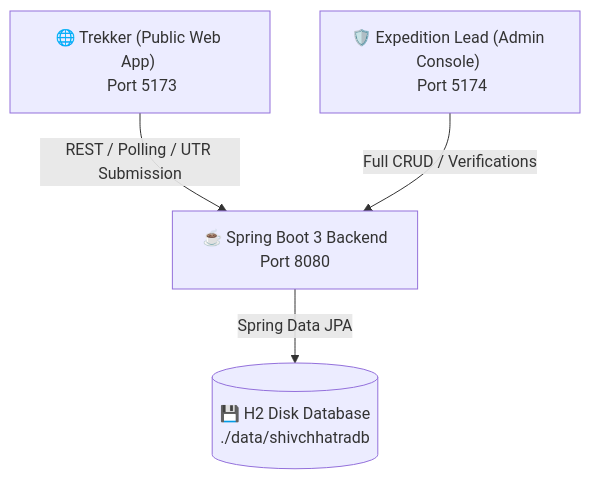
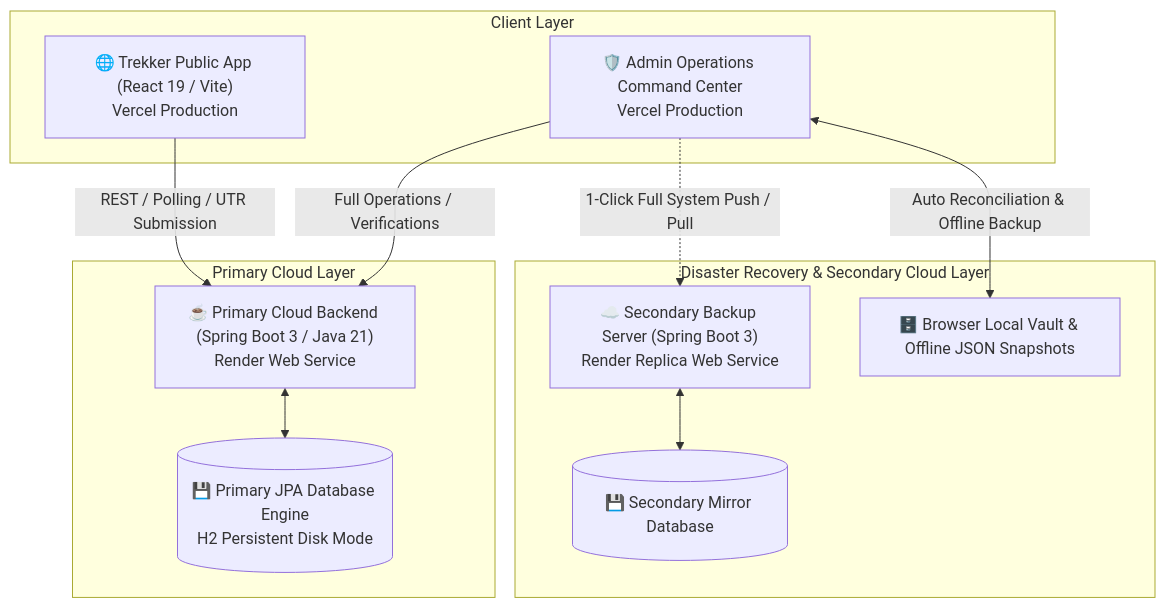
One commit to ravichavan9970/SHIVCHHATRA_TREKKERS changed the diagram in README.md. Above: the diagram before and after it, drawn with Mermaid. The commit also changed other lines of this file, not shown here.

Commit message:
docs: update enterprise architecture documentation and remove personal data

````diff
--- a/README.md
+++ b/README.md
@@ -19,6 +19,26 @@
 ```mermaid
-graph TD
-    User["🌐 Trekker (Public Web App) <br> Port 5173"] -->|REST / Polling / UTR Submission| Backend["☕ Spring Boot 3 Backend <br> Port 8080"]
-    Admin["🛡️ Expedition Lead (Admin Console) <br> Port 5174"] -->|Full CRUD / Verifications| Backend
-    Backend -->|Spring Data JPA| DB[("💾 H2 Disk Database <br> ./data/shivchhatradb")]
+flowchart TD
+    subgraph Client Layer
+        Web["🌐 Trekker Public App (React 19 / Vite)<br>Vercel Production"]
+        Admin["🛡️ Admin Operations Command Center<br>Vercel Production"]
+    end
+
+    subgraph Primary Cloud Layer
+        PrimaryAPI["☕ Primary Cloud Backend (Spring Boot 3 / Java 21)<br>Render Web Service"]
+        PrimaryDB[("💾 Primary JPA Database Engine<br>H2 Persistent Disk Mode")]
+    end
+
+    subgraph Disaster Recovery & Secondary Cloud Layer
+        SecondaryAPI["☁️ Secondary Backup Server (Spring Boot 3)<br>Render Replica Web Service"]
+        SecondaryDB[("💾 Secondary Mirror Database")]
+        Vault["🗄️ Browser Local Vault & Offline JSON Snapshots"]
+    end
+
+    Web -->|REST / Polling / UTR Submission| PrimaryAPI
+    Admin -->|Full Operations / Verifications| PrimaryAPI
+    PrimaryAPI <--> PrimaryDB
+
+    Admin -.->|1-Click Full System Push / Pull| SecondaryAPI
+    SecondaryAPI <--> SecondaryDB
+    Admin <-->|Auto Reconciliation & Offline Backup| Vault
 ```
````
